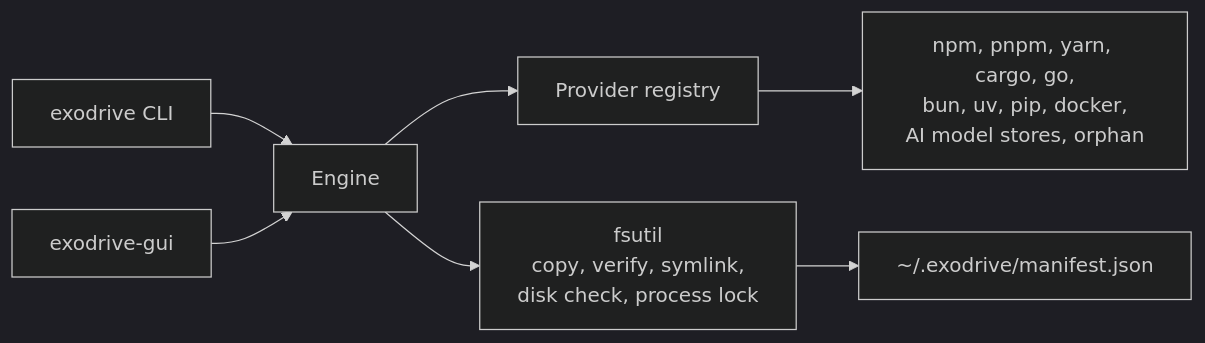
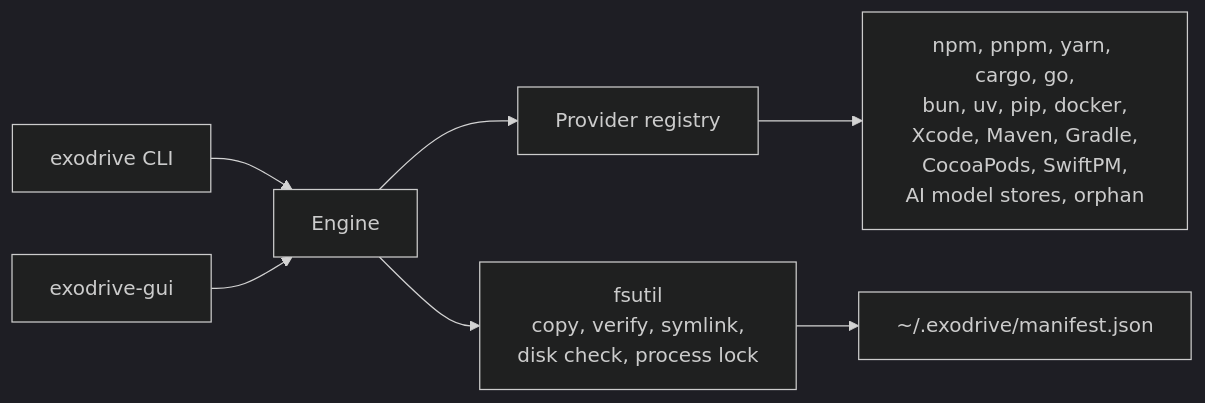
One commit to Jungley8/exodrive changed the diagram in README.md. Above: the diagram before and after it, drawn with Mermaid (dark theme). The commit also changed other lines of this file and 17 other files, not shown here.

First line of the commit message:
feat(providers): move Xcode, JVM, CocoaPods, and SwiftPM caches

````diff
--- a/README.md
+++ b/README.md
@@ -43,9 +43,9 @@
 ```mermaid
 flowchart LR
     CLI["exodrive CLI"] --> Engine
     GUI["exodrive-gui"] --> Engine
     Engine --> Registry["Provider registry"]
-    Registry --> P["npm, pnpm, yarn, cargo, go,<br/>bun, uv, pip, docker,<br/>AI model stores, orphan"]
+    Registry --> P["npm, pnpm, yarn, cargo, go,<br/>bun, uv, pip, docker,<br/>Xcode, Maven, Gradle,<br/>CocoaPods, SwiftPM,<br/>AI model stores, orphan"]
     Engine --> FS["fsutil<br/>copy, verify, symlink,<br/>disk check, process lock"]
     FS --> Ledger["~/.exodrive/manifest.json"]
 ```
````
